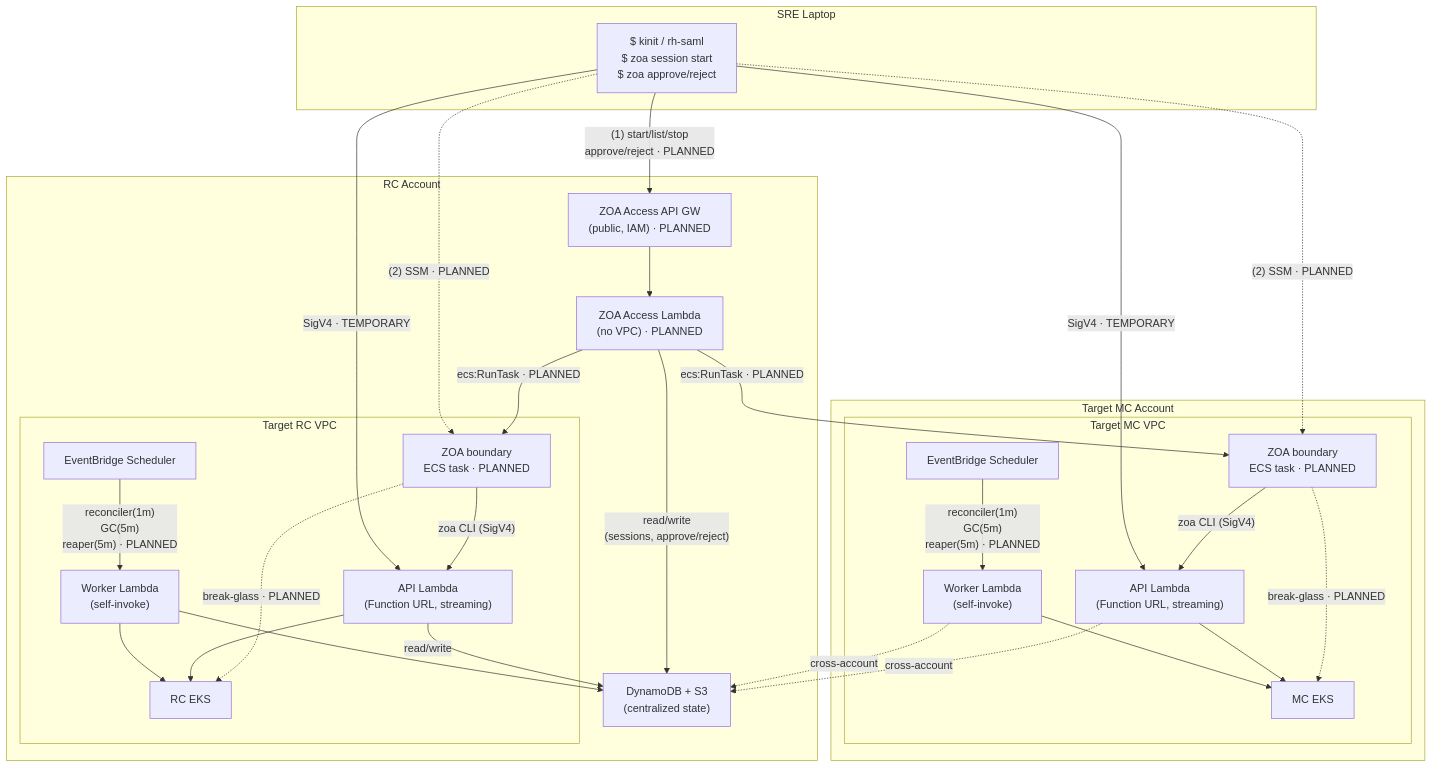
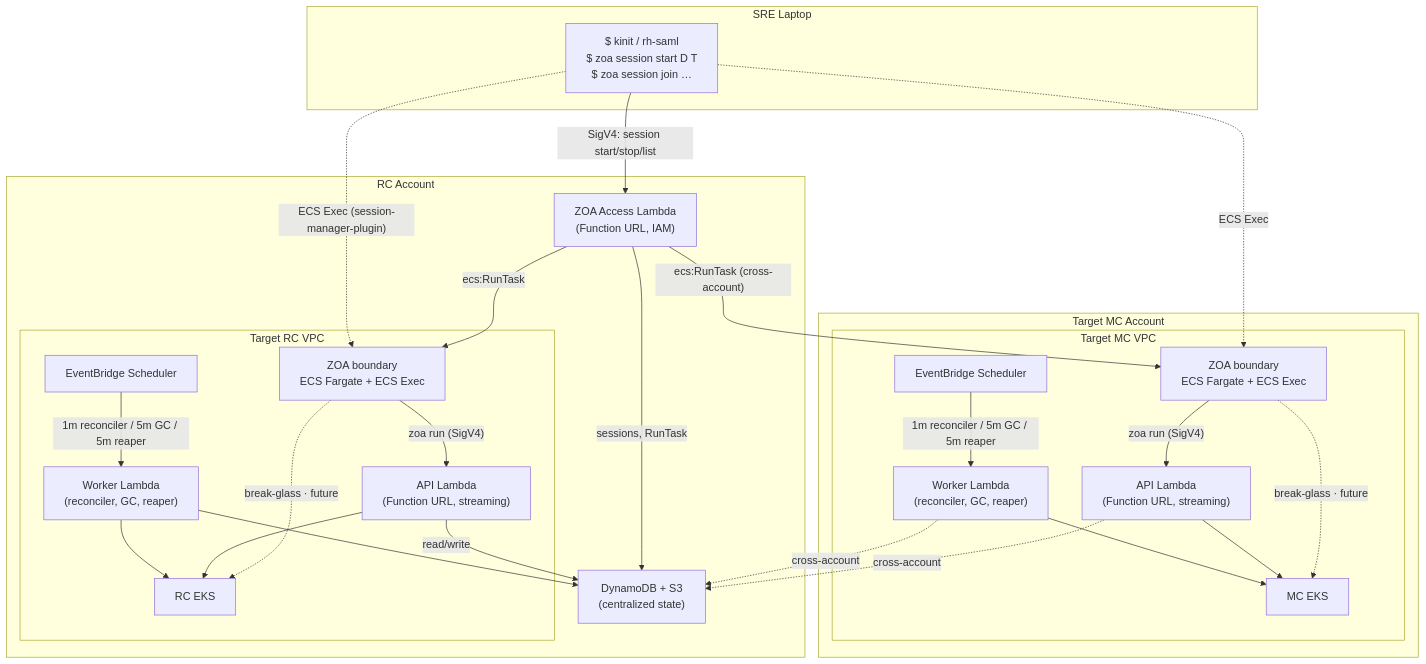
One commit to slopezz/rosa-hyperfleet-zoa changed the diagram in README.md. Above: the diagram before and after it, drawn with Mermaid. The commit also changed other lines of this file and 1 other file, not shown here.

Commit message:
docs: reflect shipped boundary, Access Function URL, and reaper
Update architecture diagram and lambda-model for ZOA boundary sessions,
Access Lambda (Function URL, not API Gateway), worker reaper route, and
positional zoa session start examples.

````diff
--- a/README.md
+++ b/README.md
@@ -74,68 +75,55 @@
 ```mermaid
 graph TD
     subgraph laptop["SRE Laptop"]
-        L["$ kinit / rh-saml<br/>$ zoa session start<br/>$ zoa approve/reject"]
+        L["$ kinit / rh-saml<br/>$ zoa session start D T<br/>$ zoa session join …"]
     end
 
     subgraph rc["RC Account"]
-        AGW["ZOA Access API GW<br/>(public, IAM) · PLANNED"]
-        AL["ZOA Access Lambda<br/>(no VPC) · PLANNED"]
+        ACCESS["ZOA Access Lambda<br/>(Function URL, IAM)"]
         DDB["DynamoDB + S3<br/>(centralized state)"]
         subgraph rc_vpc["Target RC VPC"]
-            BOUNDARY_RC["ZOA boundary<br/>ECS task · PLANNED"]
+            BOUNDARY_RC["ZOA boundary<br/>ECS Fargate + ECS Exec"]
             EB_RC["EventBridge Scheduler"]
             API_RC["API Lambda<br/>(Function URL, streaming)"]
-            WORKER_RC["Worker Lambda<br/>(self-invoke)"]
+            WORKER_RC["Worker Lambda<br/>(reconciler, GC, reaper)"]
             EKS_RC["RC EKS"]
         end
     end
 
     subgraph mc["Target MC Account"]
         subgraph mc_vpc["Target MC VPC"]
-            BOUNDARY_MC["ZOA boundary<br/>ECS task · PLANNED"]
+            BOUNDARY_MC["ZOA boundary<br/>ECS Fargate + ECS Exec"]
             EB_MC["EventBridge Scheduler"]
             API_MC["API Lambda<br/>(Function URL, streaming)"]
-            WORKER_MC["Worker Lambda<br/>(self-invoke)"]
+            WORKER_MC["Worker Lambda<br/>(reconciler, GC, reaper)"]
             EKS_MC["MC EKS"]
         end
     end
 
-    %% ZOA Access (PLANNED): session mgmt + approvals
-    L -->|"(1) start/list/stop<br/>approve/reject · PLANNED"| AGW
-    AGW --> AL
-    AL -->|"read/write<br/>(sessions, approve/reject)"| DDB
-    AL -->|"ecs:RunTask · PLANNED"| BOUNDARY_RC
-    AL -->|"ecs:RunTask · PLANNED"| BOUNDARY_MC
+    L -->|"SigV4: session start/stop/list"| ACCESS
+    ACCESS -->|"sessions, RunTask"| DDB
+    ACCESS -->|"ecs:RunTask"| BOUNDARY_RC
+    ACCESS -->|"ecs:RunTask (cross-account)"| BOUNDARY_MC
 
-    %% SRE connects to container via SSM (PLANNED)
-    L -.->|"(2) SSM · PLANNED"| BOUNDARY_RC
-    L -.->|"(2) SSM · PLANNED"| BOUNDARY_MC
+    L -.->|"ECS Exec (session-manager-plugin)"| BOUNDARY_RC
+    L -.->|"ECS Exec"| BOUNDARY_MC
 
-    %% ZOA boundary calls local API Lambda (PLANNED)
-    BOUNDARY_RC -->|"zoa CLI (SigV4)"| API_RC
-    BOUNDARY_MC -->|"zoa CLI (SigV4)"| API_MC
+    BOUNDARY_RC -->|"zoa run (SigV4)"| API_RC
+    BOUNDARY_MC -->|"zoa run (SigV4)"| API_MC
 
-    %% Break-glass: direct kubectl from container (PLANNED)
-    BOUNDARY_RC -.->|"break-glass · PLANNED"| EKS_RC
-    BOUNDARY_MC -.->|"break-glass · PLANNED"| EKS_MC
+    BOUNDARY_RC -.->|"break-glass · future"| EKS_RC
+    BOUNDARY_MC -.->|"break-glass · future"| EKS_MC
 
-    %% Today: CLI calls Function URL directly (TEMPORARY)
-    L -->|"SigV4 · TEMPORARY"| API_RC
-    L -->|"SigV4 · TEMPORARY"| API_MC
+    EB_RC -->|"1m reconciler / 5m GC / 5m reaper"| WORKER_RC
+    EB_MC -->|"1m reconciler / 5m GC / 5m reaper"| WORKER_MC
 
-    %% EventBridge → Workers
-    EB_RC -->|"reconciler(1m)<br/>GC(5m)<br/>reaper(5m) · PLANNED"| WORKER_RC
-    EB_MC -->|"reconciler(1m)<br/>GC(5m)<br/>reaper(5m) · PLANNED"| WORKER_MC
-
-    %% Lambdas → EKS
     API_RC --> EKS_RC
     WORKER_RC --> EKS_RC
     API_MC --> EKS_MC
     WORKER_MC --> EKS_MC
 
-    %% Data access
     API_RC -->|"read/write"| DDB
     WORKER_RC --> DDB
     API_MC -.->|"cross-account"| DDB
     WORKER_MC -.->|"cross-account"| DDB
 ```
````
